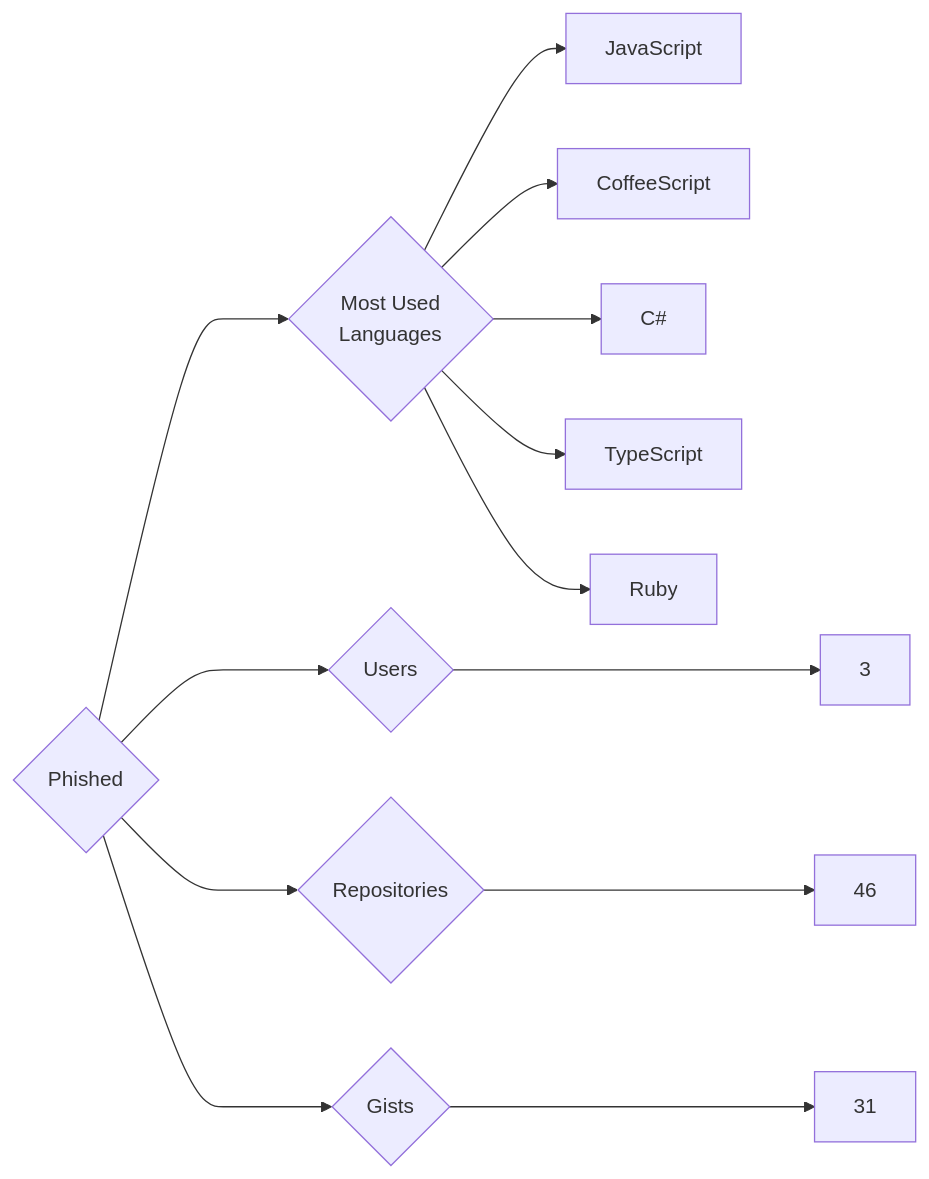
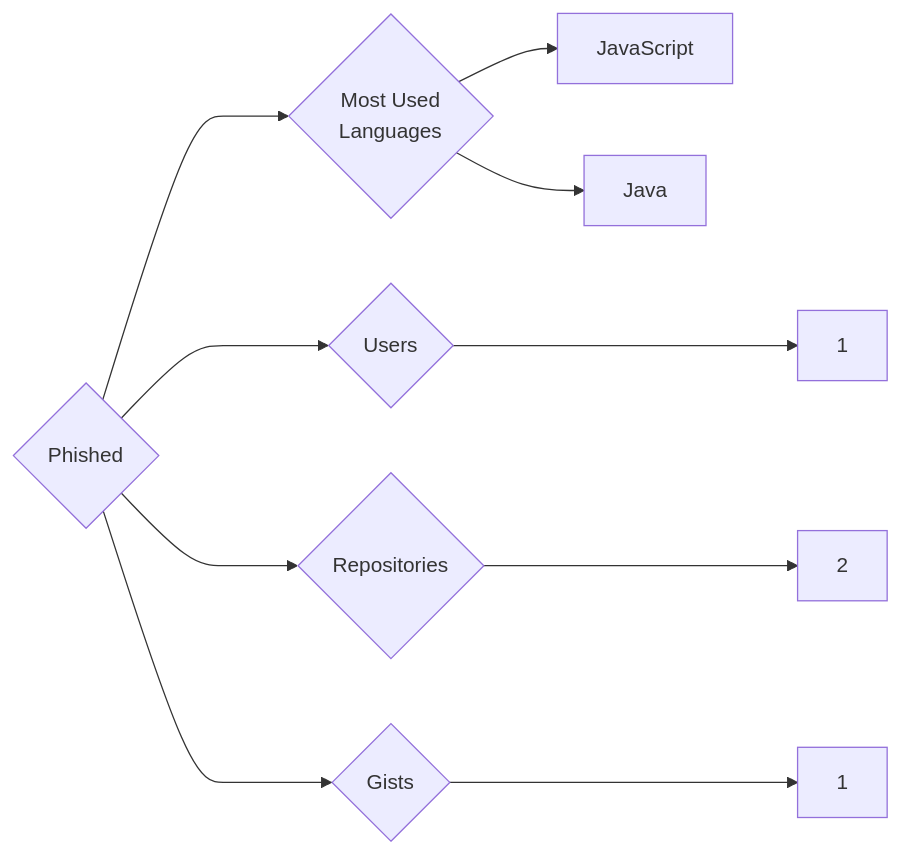
One commit to trickest/insiders changed the diagram in targets/Phished/README.md. Above: the diagram before and after it, drawn with Mermaid. The commit also changed 912 other files, not shown here.

````diff
--- a/targets/Phished/README.md
+++ b/targets/Phished/README.md
@@ -3,13 +3,10 @@
 ```mermaid
 graph LR
 COMPANY_NAME{Phished}
-COMPANY_NAME ---> U{Users} ---> UN[3]
-COMPANY_NAME ---> R{Repositories} ---> RN[46]
-COMPANY_NAME ---> G{Gists} ---> GN[31]
+COMPANY_NAME ---> U{Users} ---> UN[1]
+COMPANY_NAME ---> R{Repositories} ---> RN[2]
+COMPANY_NAME ---> G{Gists} ---> GN[1]
 COMPANY_NAME ---> ML{Most Used<br>Languages}
 ML --> JavaScript[JavaScript]
-ML --> CoffeeScript[CoffeeScript]
-ML --> C#[C#]
-ML --> TypeScript[TypeScript]
-ML --> Ruby[Ruby]
+ML --> Java[Java]
 ```
````
